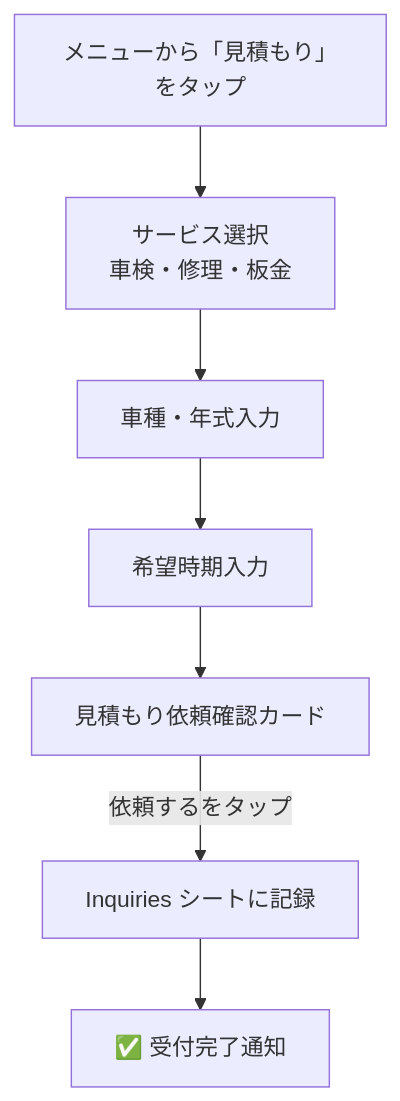
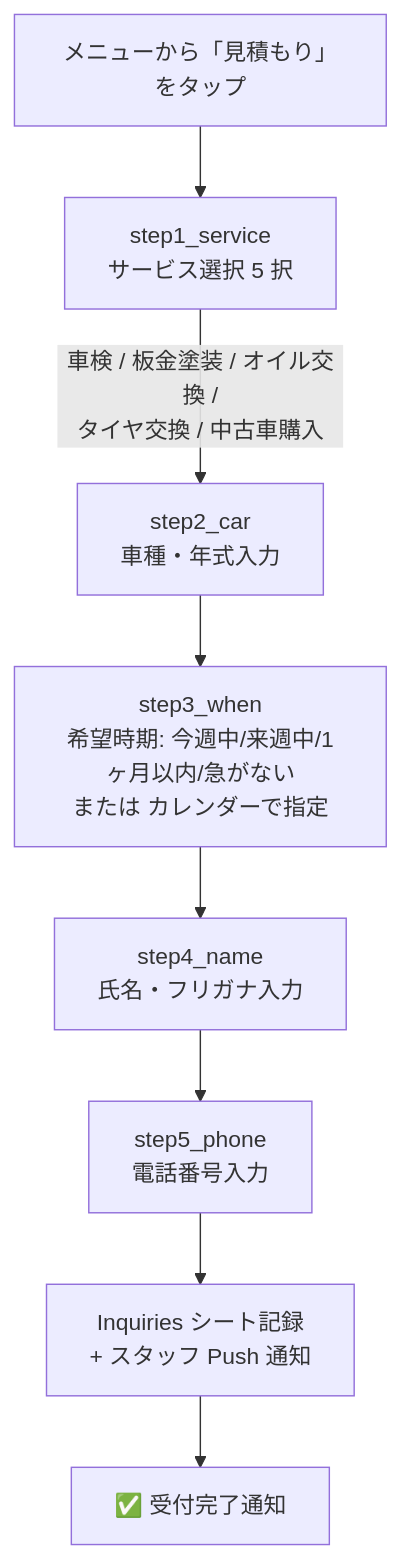
One commit to tanasato118/gas-line-reservation-bot changed the third of 4 diagrams in README.md. Above: the diagram before and after it, drawn with Mermaid. The commit also changed other lines of this file, not shown here.

First line of the commit message:
docs(readme): fix Mermaid flow accuracy and sample conversation prompts to match implementation

````diff
--- a/README.md
+++ b/README.md
@@ -177,9 +175,10 @@
 ```mermaid
 flowchart TD
-    A[メニューから「見積もり」をタップ] --> B[サービス選択<br/>車検・修理・板金]
-    B --> C[車種・年式入力]
-    C --> D[希望時期入力]
-    D --> E[見積もり依頼確認カード]
-    E -->|依頼するをタップ| F[Inquiries シートに記録]
-    F --> G[✅ 受付完了通知]
+    A[メニューから「見積もり」をタップ] --> B[step1_service<br/>サービス選択 5 択]
+    B -->|車検 / 板金塗装 / オイル交換 /<br/>タイヤ交換 / 中古車購入| C[step2_car<br/>車種・年式入力]
+    C --> D[step3_when<br/>希望時期: 今週中/来週中/1ヶ月以内/急がない<br/>または カレンダーで指定]
+    D --> E[step4_name<br/>氏名・フリガナ入力]
+    E --> F[step5_phone<br/>電話番号入力]
+    F --> G[Inquiries シート記録<br/>+ スタッフ Push 通知]
+    G --> H[✅ 受付完了通知]
 ```
````
